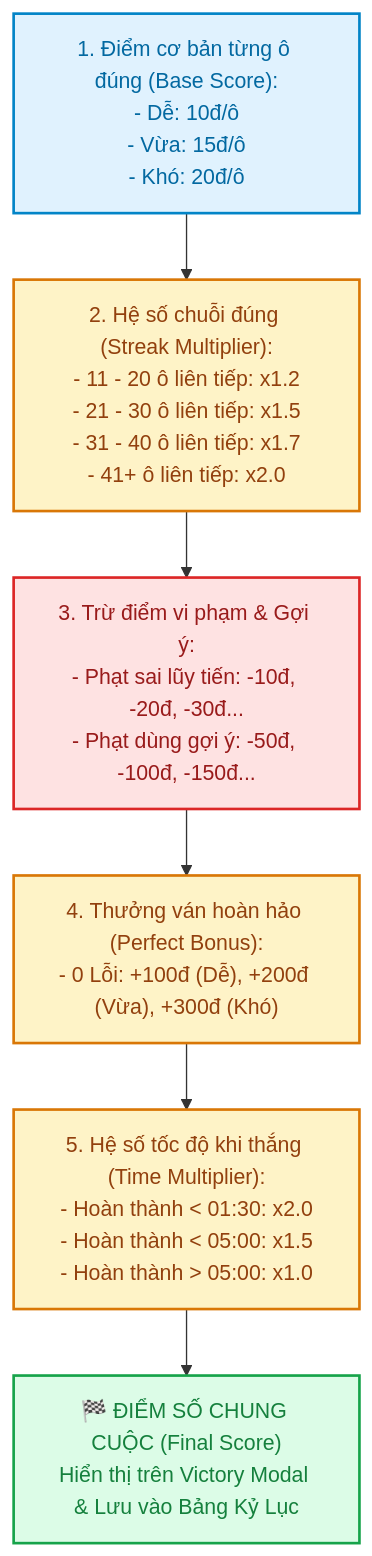
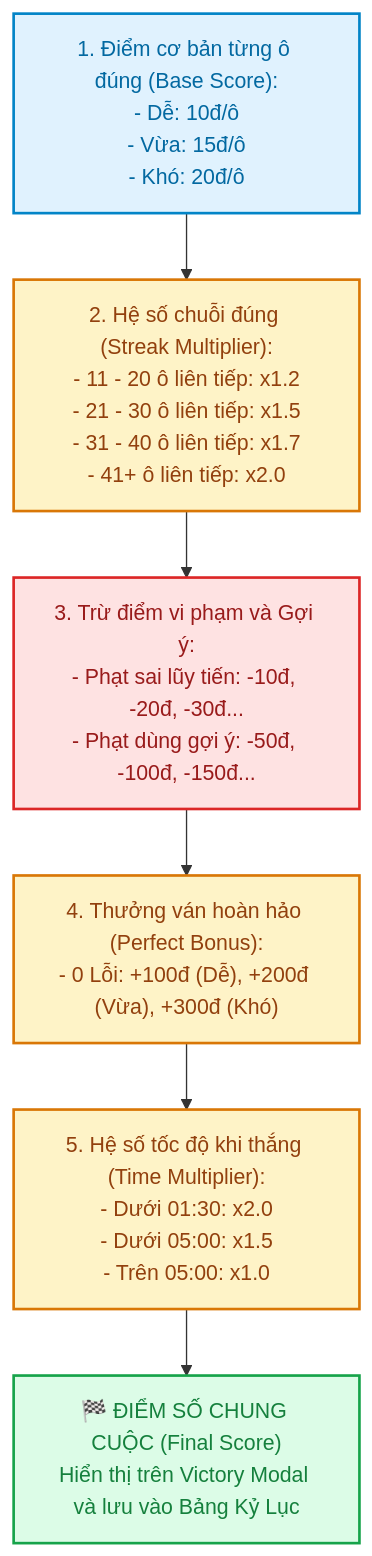
The second of 2 diagrams in docs/04_storage_and_scoring_models.md (Jhanh/Sudoku_game), drawn with Mermaid before and after one commit. The commit also changed 5 other files, not shown here.

Commit message:
fix(docs): resolve Mermaid syntax errors for github

````diff
--- a/docs/04_storage_and_scoring_models.md
+++ b/docs/04_storage_and_scoring_models.md
@@ -75,30 +75,30 @@
 ```mermaid
 flowchart TD
     classDef base fill:#E0F2FE,stroke:#0284C7,stroke-width:2px,color:#0369A1;
     classDef mult fill:#FEF3C7,stroke:#D97706,stroke-width:2px,color:#92400E;
     classDef penalty fill:#FEE2E2,stroke:#DC2626,stroke-width:2px,color:#991B1B;
     classDef total fill:#DCFCE7,stroke:#16A34A,stroke-width:2px,color:#15803D;
 
     P_BASE["1. Điểm cơ bản từng ô đúng (Base Score):<br/>- Dễ: 10đ/ô<br/>- Vừa: 15đ/ô<br/>- Khó: 20đ/ô"]
 
     P_STREAK["2. Hệ số chuỗi đúng (Streak Multiplier):<br/>- 11 - 20 ô liên tiếp: x1.2<br/>- 21 - 30 ô liên tiếp: x1.5<br/>- 31 - 40 ô liên tiếp: x1.7<br/>- 41+ ô liên tiếp: x2.0"]
 
-    P_PENALTY["3. Trừ điểm vi phạm & Gợi ý:<br/>- Phạt sai lũy tiến: -10đ, -20đ, -30đ...<br/>- Phạt dùng gợi ý: -50đ, -100đ, -150đ..."]
+    P_PENALTY["3. Trừ điểm vi phạm và Gợi ý:<br/>- Phạt sai lũy tiến: -10đ, -20đ, -30đ...<br/>- Phạt dùng gợi ý: -50đ, -100đ, -150đ..."]
 
     P_BONUS["4. Thưởng ván hoàn hảo (Perfect Bonus):<br/>- 0 Lỗi: +100đ (Dễ), +200đ (Vừa), +300đ (Khó)"]
 
-    P_TIME["5. Hệ số tốc độ khi thắng (Time Multiplier):<br/>- Hoàn thành < 01:30: x2.0<br/>- Hoàn thành < 05:00: x1.5<br/>- Hoàn thành > 05:00: x1.0"]
+    P_TIME["5. Hệ số tốc độ khi thắng (Time Multiplier):<br/>- Dưới 01:30: x2.0<br/>- Dưới 05:00: x1.5<br/>- Trên 05:00: x1.0"]
 
-    P_FINAL["🏁 ĐIỂM SỐ CHUNG CUỘC (Final Score)<br/>Hiển thị trên Victory Modal & Lưu vào Bảng Kỷ Lục"]
+    P_FINAL["🏁 ĐIỂM SỐ CHUNG CUỘC (Final Score)<br/>Hiển thị trên Victory Modal và lưu vào Bảng Kỷ Lục"]
 
     P_BASE --> P_STREAK
     P_STREAK --> P_PENALTY
     P_PENALTY --> P_BONUS
     P_BONUS --> P_TIME
     P_TIME --> P_FINAL
 
     class P_BASE base;
     class P_STREAK,P_TIME,P_BONUS mult;
     class P_PENALTY penalty;
     class P_FINAL total;
 ```
````
